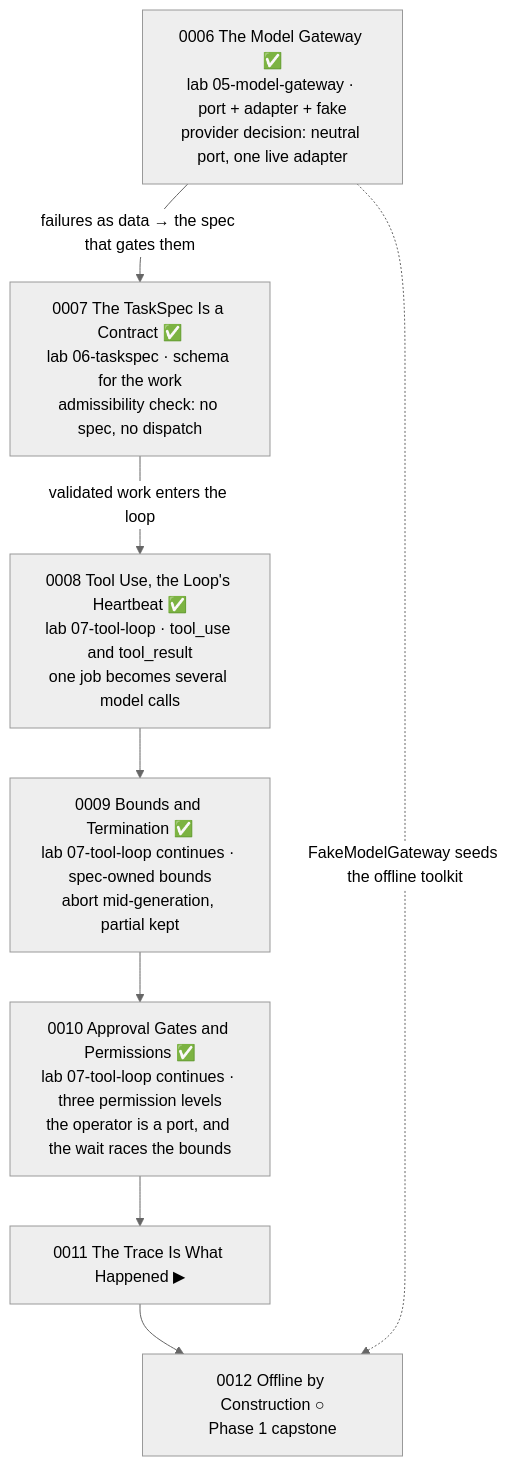
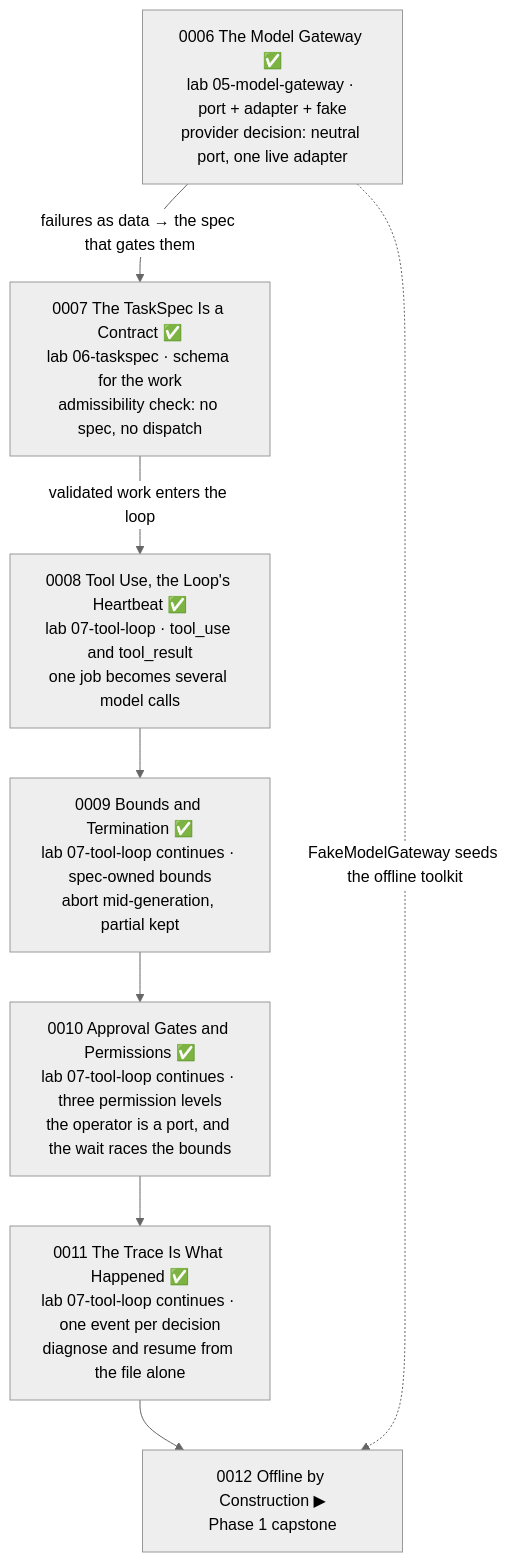
Before and after one commit to JozsefKiss90/TS: the third of 4 diagrams in wiki/course/course-module-graph.md, drawn with Mermaid (neutral theme). The commit also changed other lines of this file and 16 other files, not shown here.

````diff
--- a/wiki/course/course-module-graph.md
+++ b/wiki/course/course-module-graph.md
@@ -54,14 +54,14 @@
 ```mermaid
 flowchart TD
     M6["0006 The Model Gateway ✅<br/>lab 05-model-gateway · port + adapter + fake<br/>provider decision: neutral port, one live adapter"]
     M7["0007 The TaskSpec Is a Contract ✅<br/>lab 06-taskspec · schema for the work<br/>admissibility check: no spec, no dispatch"]
     M8["0008 Tool Use, the Loop's Heartbeat ✅<br/>lab 07-tool-loop · tool_use and tool_result<br/>one job becomes several model calls"]
     M9["0009 Bounds and Termination ✅<br/>lab 07-tool-loop continues · spec-owned bounds<br/>abort mid-generation, partial kept"]
     M10["0010 Approval Gates and Permissions ✅<br/>lab 07-tool-loop continues · three permission levels<br/>the operator is a port, and the wait races the bounds"]
-    M11["0011 The Trace Is What Happened ▶"]
-    M12["0012 Offline by Construction ○<br/>Phase 1 capstone"]
+    M11["0011 The Trace Is What Happened ✅<br/>lab 07-tool-loop continues · one event per decision<br/>diagnose and resume from the file alone"]
+    M12["0012 Offline by Construction ▶<br/>Phase 1 capstone"]
     M6 -->|"failures as data → the spec that gates them"| M7
     M7 -->|"validated work enters the loop"| M8
     M8 --> M9 --> M10 --> M11 --> M12
     M6 -.->|"FakeModelGateway seeds the offline toolkit"| M12
 ```
````
